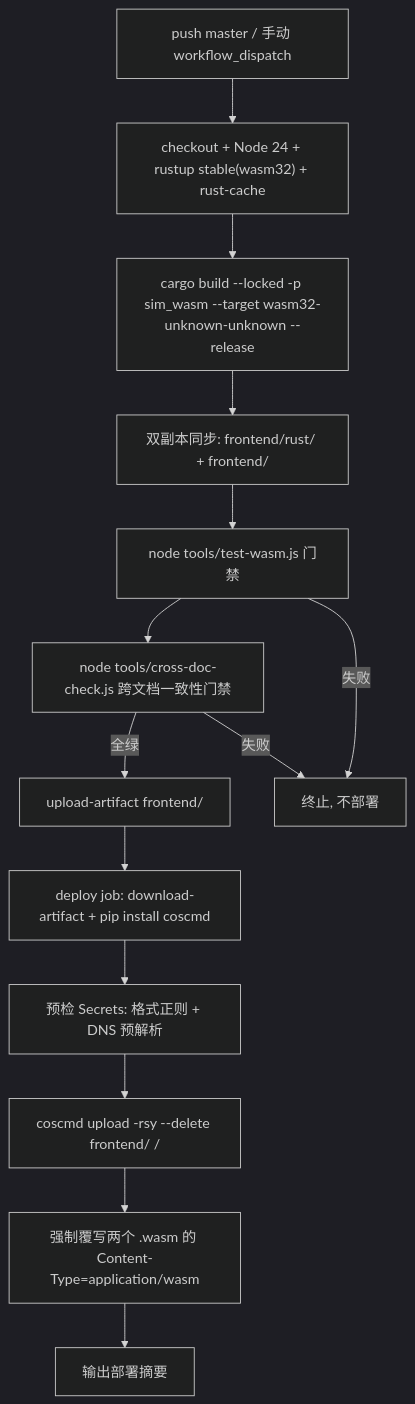
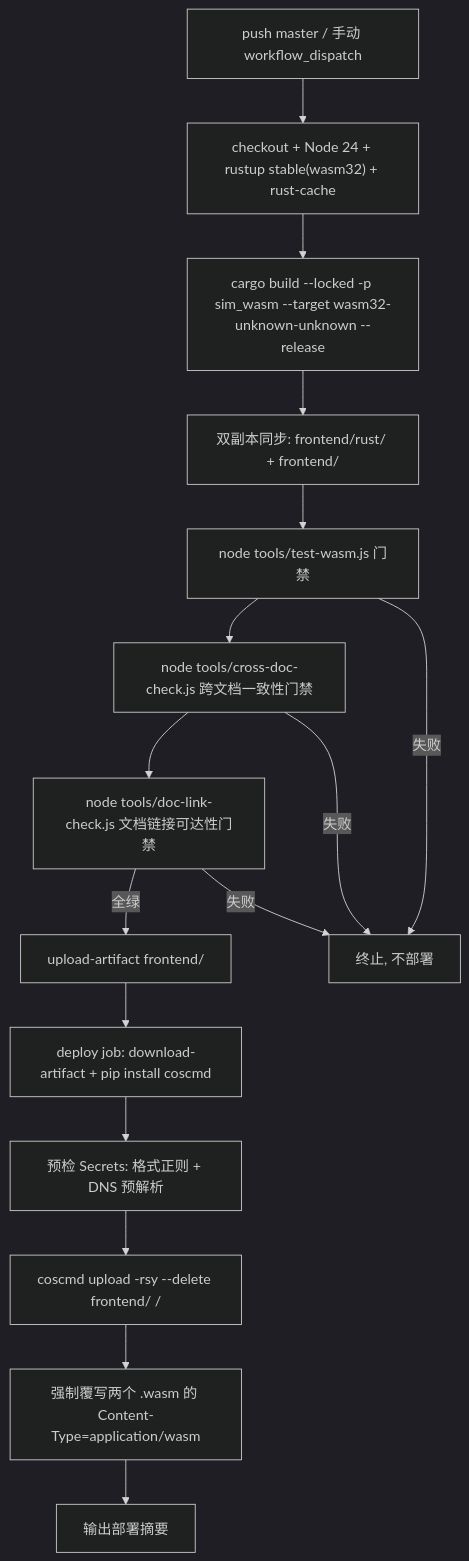
The second of 2 diagrams in docs/current/tech/26-cicd.md (g39088902/FlowAndAccord), drawn with Mermaid (dark theme) before and after one commit. The commit also changed other lines of this file and 42 other files, not shown here.

````diff
--- a/docs/current/tech/26-cicd.md
+++ b/docs/current/tech/26-cicd.md
@@ -42,16 +42,18 @@
 ```mermaid
 graph TD
     A["push master / 手动 workflow_dispatch"] --> B["checkout + Node 24 + rustup stable(wasm32) + rust-cache"]
     B --> C["cargo build --locked -p sim_wasm --target wasm32-unknown-unknown --release"]
     C --> D["双副本同步: frontend/rust/ + frontend/"]
     D --> E["node tools/test-wasm.js 门禁"]
     E --> E1["node tools/cross-doc-check.js 跨文档一致性门禁"]
-    E1 -->|全绿| F["upload-artifact frontend/"]
+    E1 --> E2["node tools/doc-link-check.js 文档链接可达性门禁"]
+    E2 -->|全绿| F["upload-artifact frontend/"]
     F --> G["deploy job: download-artifact + pip install coscmd"]
     G --> H["预检 Secrets: 格式正则 + DNS 预解析"]
     H --> I["coscmd upload -rsy --delete frontend/ /"]
     I --> J["强制覆写两个 .wasm 的 Content-Type=application/wasm"]
     J --> K["输出部署摘要"]
     E -->|失败| L["终止, 不部署"]
     E1 -->|失败| L
+    E2 -->|失败| L
 ```
````
